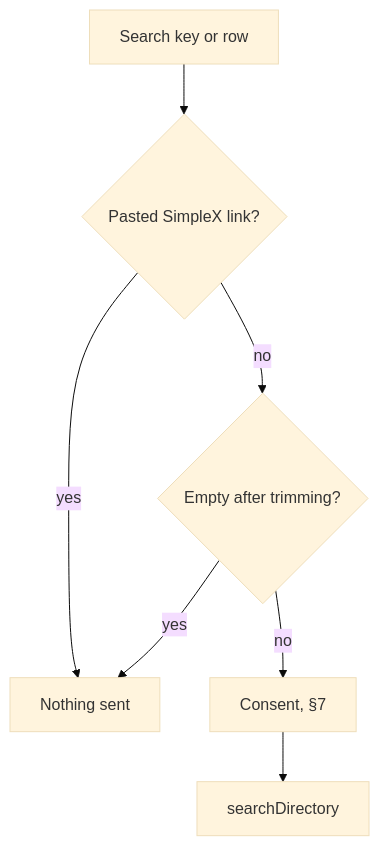
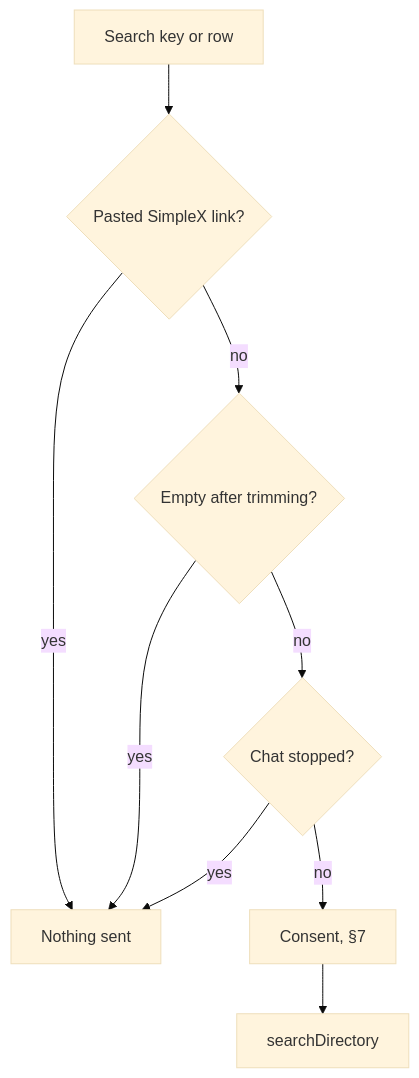
One commit to simplex-chat/simplex-chat changed diagram 11 of 15 in plans/2026-08-04-directory-search-in-app.md. Above: the diagram before and after it, drawn with Mermaid (base theme). The commit also changed other lines of this file, not shown here.

Commit message:
docs: directory search plan covers stopped chat

````diff
--- a/plans/2026-08-04-directory-search-in-app.md
+++ b/plans/2026-08-04-directory-search-in-app.md
@@ -334,9 +334,11 @@
 ```mermaid
 flowchart TD
   input[Search key or row] --> link{Pasted SimpleX link?}
   link -- yes --> nothing[Nothing sent]
   link -- no --> empty{Empty after trimming?}
   empty -- yes --> nothing
-  empty -- no --> consent[Consent, §7]
+  empty -- no --> stopped{Chat stopped?}
+  stopped -- yes --> nothing
+  stopped -- no --> consent[Consent, §7]
   consent --> search[searchDirectory]
 ```
````
